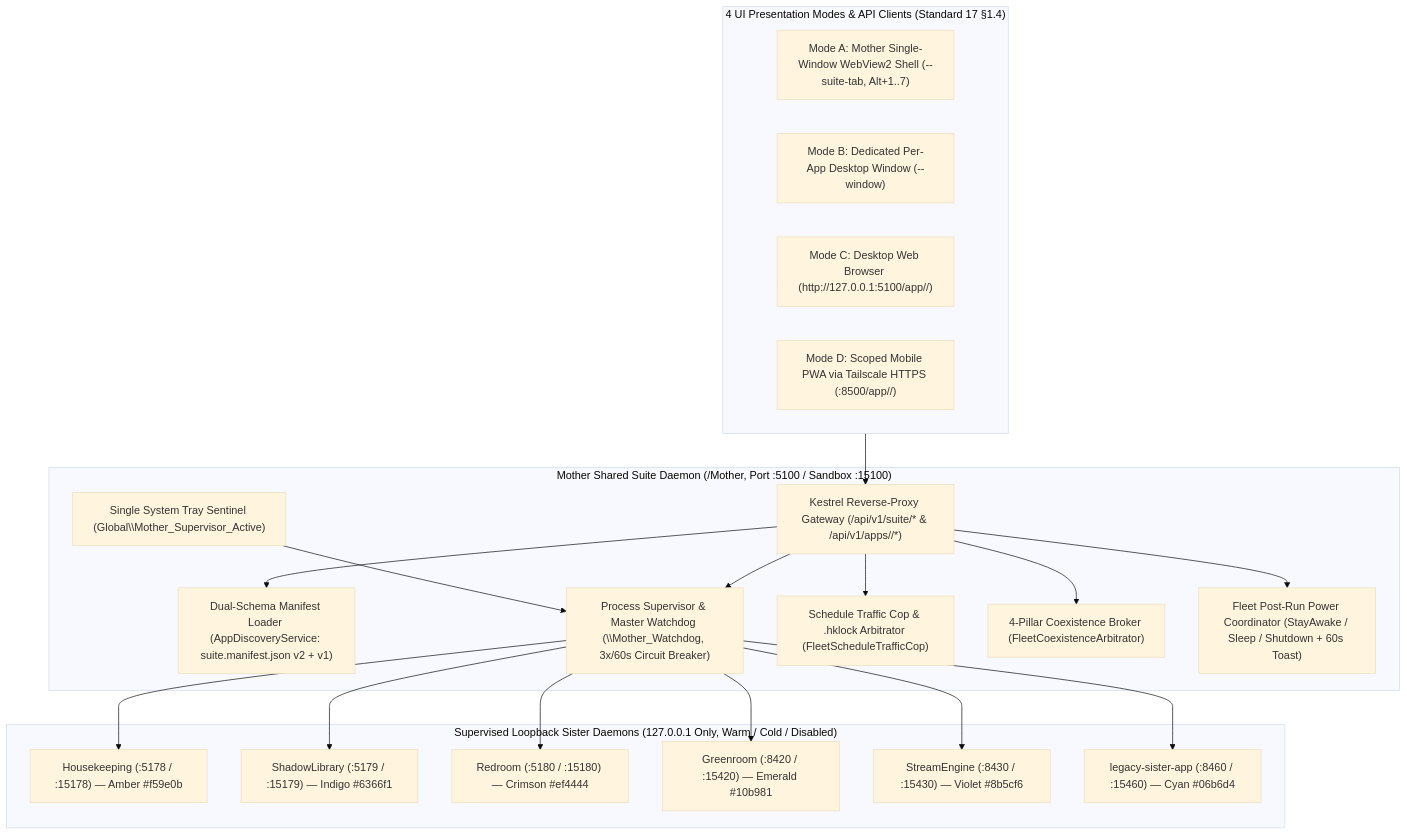
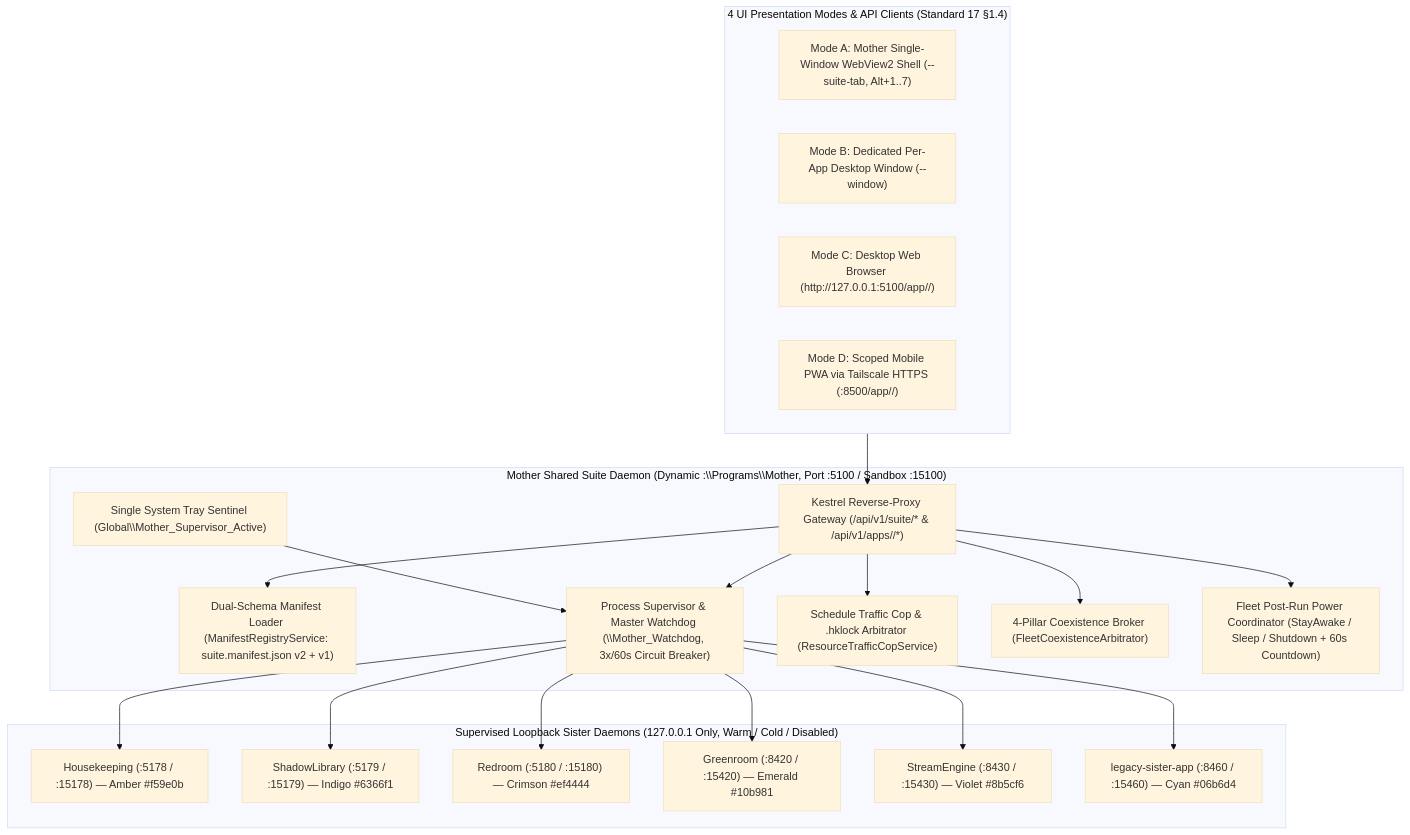
One commit to StreamItAllGit/Mother changed the first of 2 diagrams in Dev/docs/ARCHITECTURE.md. Above: the diagram before and after it, drawn with Mermaid (base theme). The commit also changed other lines of this file and 129 other files, not shown here.

Commit message:
feat(v0.1.0): ship initial Mother suite daemon, web UI, and 4-pillar installer

````diff
--- a/Dev/docs/ARCHITECTURE.md
+++ b/Dev/docs/ARCHITECTURE.md
@@ -15,42 +15,42 @@
 ```mermaid
 flowchart TB
     subgraph Clients ["4 UI Presentation Modes & API Clients (Standard 17 §1.4)"]
         SuiteUI["Mode A: Mother Single-Window WebView2 Shell (--suite-tab, Alt+1..7)"]
         PopWin["Mode B: Dedicated Per-App Desktop Window (--window)"]
         BrowserUI["Mode C: Desktop Web Browser (http://127.0.0.1:5100/app/<app-id>/)"]
         MobilePWA["Mode D: Scoped Mobile PWA via Tailscale HTTPS (:8500/app/<app-id>/)"]
     end
 
-    subgraph MotherHost ["Mother Shared Suite Daemon (<PROGRAMS_ROOT>/Mother, Port :5100 / Sandbox :15100)"]
+    subgraph MotherHost ["Mother Shared Suite Daemon (Dynamic <Drive>:\\Programs\\Mother, Port :5100 / Sandbox :15100)"]
         Gateway["Kestrel Reverse-Proxy Gateway (/api/v1/suite/* & /api/v1/apps/<app-id>/*)"]
         Tray["Single System Tray Sentinel (Global\\Mother_Supervisor_Active)"]
-        Discovery["Dual-Schema Manifest Loader (AppDiscoveryService: suite.manifest.json v2 + v1)"]
+        Discovery["Dual-Schema Manifest Loader (ManifestRegistryService: suite.manifest.json v2 + v1)"]
         Watchdog["Process Supervisor & Master Watchdog (\\Mother_Watchdog, 3x/60s Circuit Breaker)"]
-        TrafficCop["Schedule Traffic Cop & .hklock Arbitrator (FleetScheduleTrafficCop)"]
+        TrafficCop["Schedule Traffic Cop & .hklock Arbitrator (ResourceTrafficCopService)"]
         CoexBroker["4-Pillar Coexistence Broker (FleetCoexistenceArbitrator)"]
-        PowerCoord["Fleet Post-Run Power Coordinator (StayAwake / Sleep / Shutdown + 60s Toast)"]
+        PowerCoord["Fleet Post-Run Power Coordinator (StayAwake / Sleep / Shutdown + 60s Countdown)"]
     end
 
     subgraph ChildFleet ["Supervised Loopback Sister Daemons (127.0.0.1 Only, Warm / Cold / Disabled)"]
         HK["Housekeeping (:5178 / :15178) — Amber #f59e0b"]
         SL["ShadowLibrary (:5179 / :15179) — Indigo #6366f1"]
         RR["Redroom (:5180 / :15180) — Crimson #ef4444"]
         GR["Greenroom (:8420 / :15420) — Emerald #10b981"]
         SE["StreamEngine (:8430 / :15430) — Violet #8b5cf6"]
         US["legacy-sister-app (:8460 / :15460) — Cyan #06b6d4"]
     end
 
     Clients --> Gateway
     Gateway --> Discovery
     Gateway --> Watchdog
     Gateway --> TrafficCop
     Gateway --> CoexBroker
     Gateway --> PowerCoord
     Tray --> Watchdog
     Watchdog --> HK
     Watchdog --> SL
     Watchdog --> RR
     Watchdog --> GR
     Watchdog --> SE
     Watchdog --> US
 ```
````
